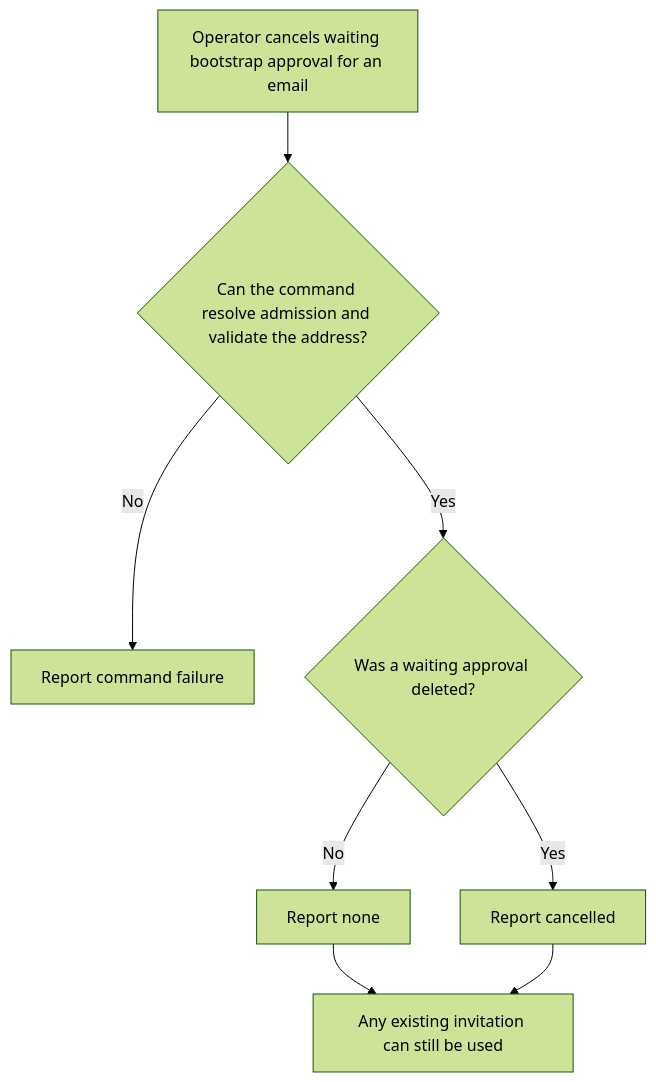
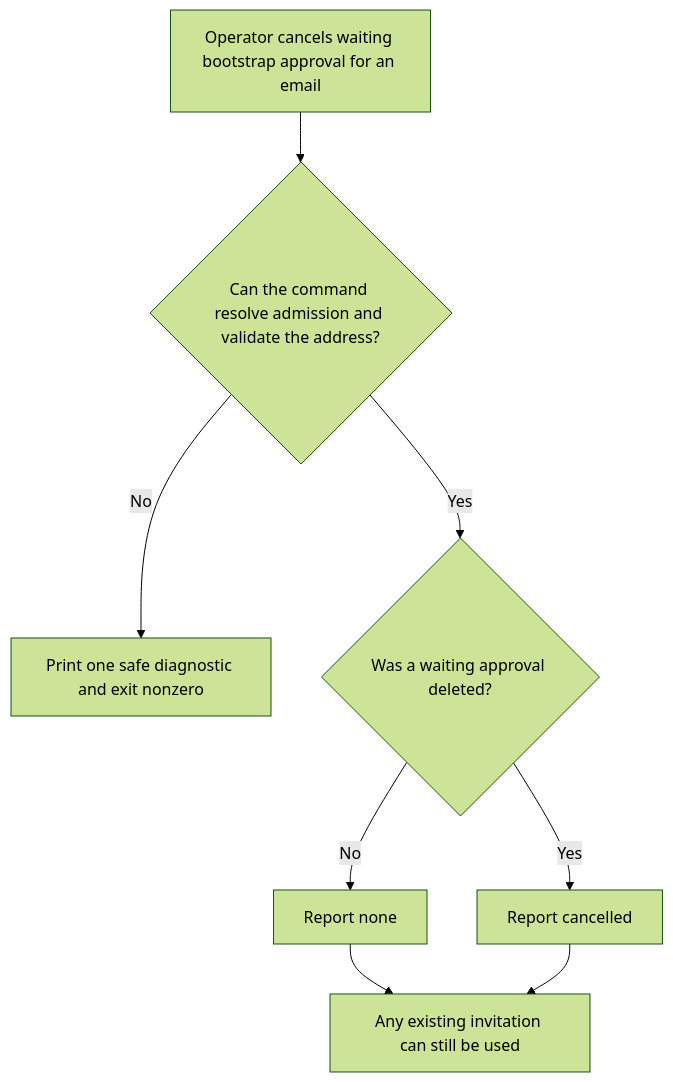
Before and after one commit to Kevinjohn/oss-adonisjs-account-kit: the first of 2 diagrams in user-stories/US-ACCOUNT-47-cancel-admission-bootstrap.md, drawn with Mermaid (forest theme). The commit also changed other lines of this file and 21 other files, not shown here.

````diff
--- a/user-stories/US-ACCOUNT-47-cancel-admission-bootstrap.md
+++ b/user-stories/US-ACCOUNT-47-cancel-admission-bootstrap.md
@@ -19,10 +20,10 @@
 ```mermaid
 flowchart TD
  A["Operator cancels waiting bootstrap approval for an email"] --> B{"Can the command resolve admission and validate the address?"}
- B -->|No| X["Report command failure"]
+ B -->|No| X["Print one safe diagnostic and exit nonzero"]
  B -->|Yes| C{"Was a waiting approval deleted?"}
  C -->|No| D["Report none"]
  C -->|Yes| E["Report cancelled"]
  D --> F["Any existing invitation can still be used"]
  E --> F
 ```
````
